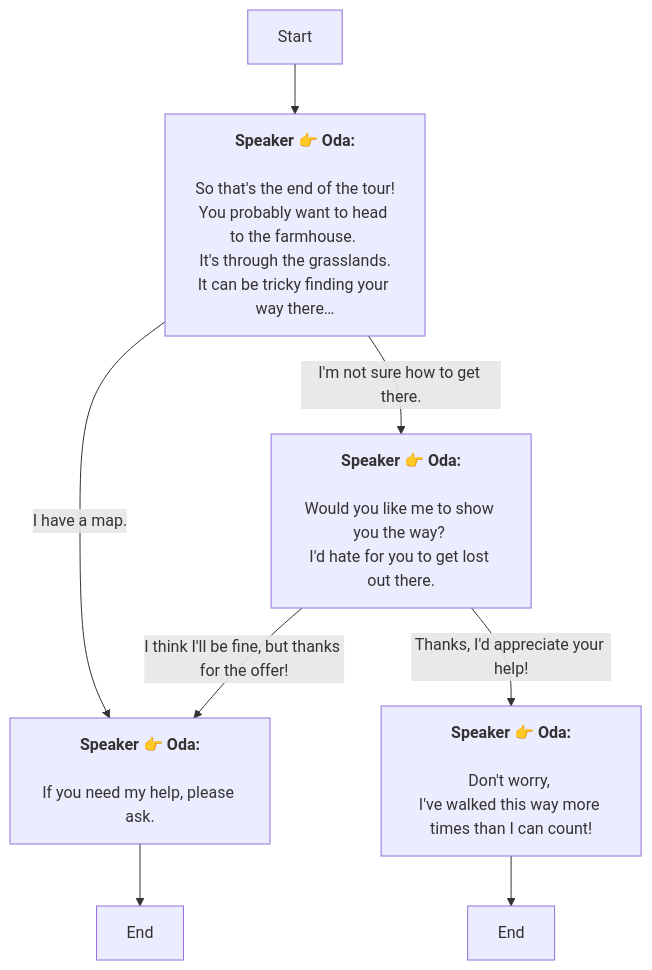
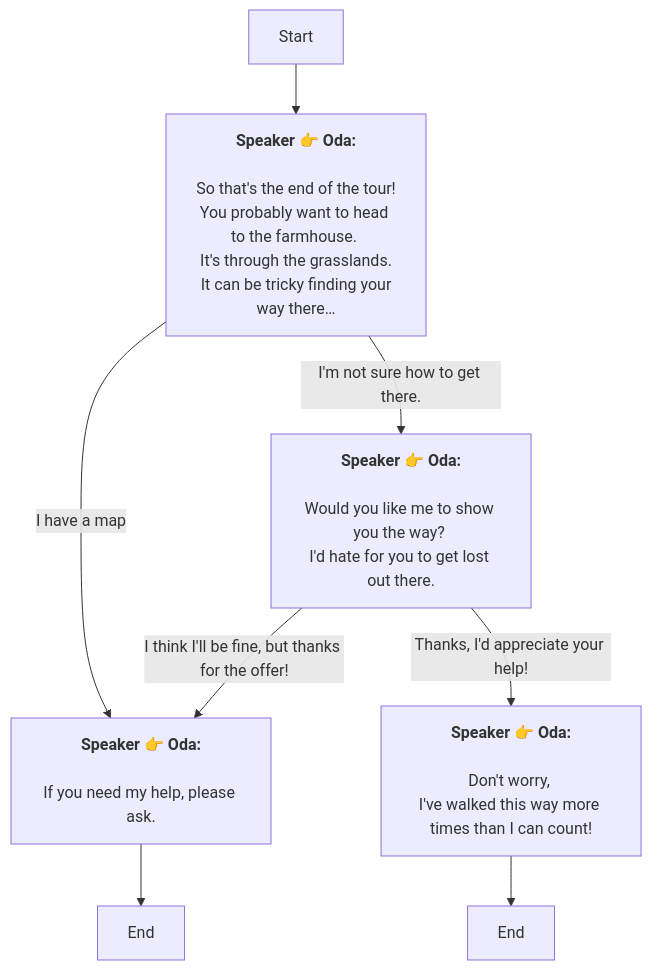
The diagram in En/QuestTalkObjectiveNode_1769048883538942.md (SoftHu/tos_avg), drawn with Mermaid before and after one commit. The commit also changed 410 other files, not shown here.

````diff
--- a/En/QuestTalkObjectiveNode_1769048883538942.md
+++ b/En/QuestTalkObjectiveNode_1769048883538942.md
@@ -1,20 +1,20 @@
 ```mermaid
 graph
 Start -->1769050262161410[<b>Speaker 👉 Oda:</b>
 \nSo that's the end of the tour!\nYou probably want to head to the farmhouse. 
 It's through the grasslands.
-It can be tricky finding your way there…]
-1769050262161410 -->|I have a map.|1769050610127886[<b>Speaker 👉 Oda:</b>
+ It can be tricky finding your way there…]
+1769050262161410 -->|I have a map|1769050610127886[<b>Speaker 👉 Oda:</b>
 \nIf you need my help, please ask.]
 1769050262161410 -->|I'm not sure how to get there.|1769050625885199[<b>Speaker 👉 Oda:</b>
 \nWould you like me to show you the way? 
 I'd hate for you to get lost out there.]
 1769050610127886 -->1769050601996301[End]
 1769050625885199 -->|I think I'll be fine, but thanks for the offer!|1769050610127886[<b>Speaker 👉 Oda:</b>
 \nIf you need my help, please ask.]
 1769050625885199 -->|Thanks, I'd appreciate your help!|1769050685433877[<b>Speaker 👉 Oda:</b>
 \nDon't worry, 
 I've walked this way more times than I can count!]
 1769050685433877 -->1769050691065878[End]
 
 ```
````
